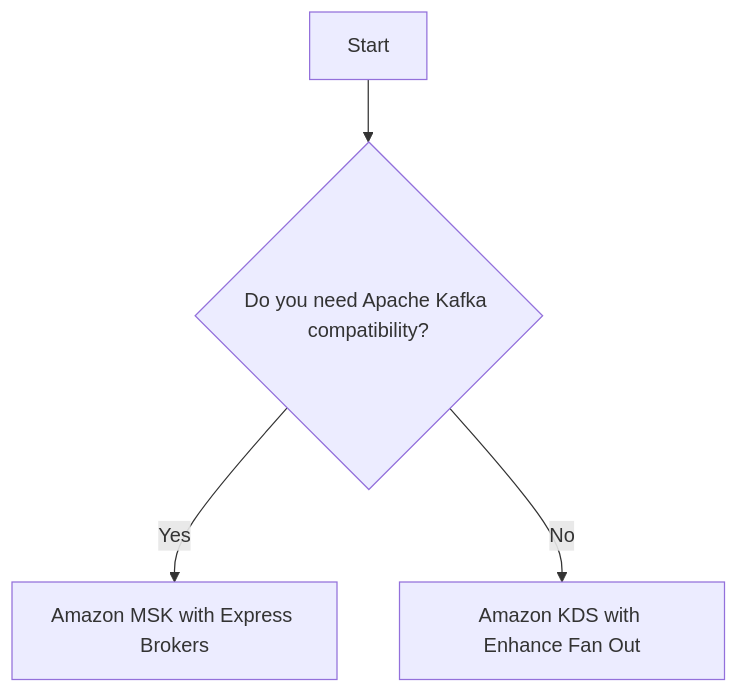
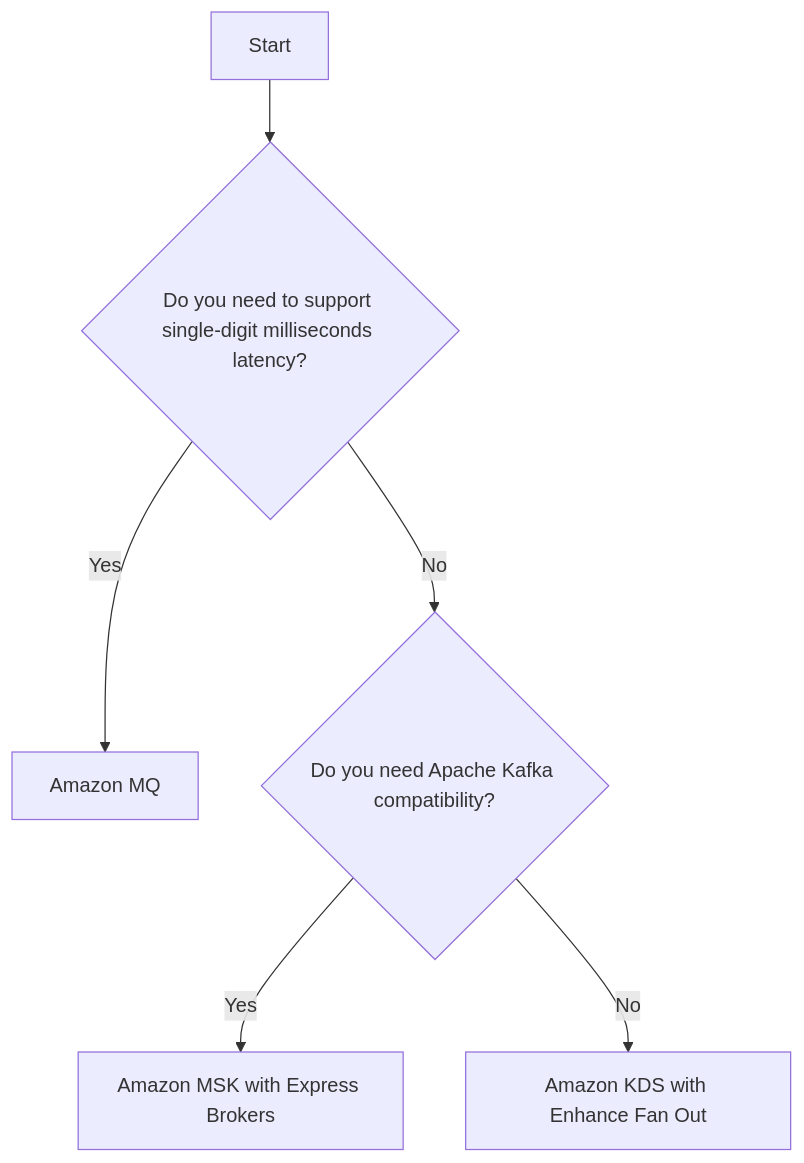
Before and after one commit to ivamax9/aws-decision-trees-low-latency-workloads: the diagram in 6.application_integration.md, drawn with Mermaid.

````diff
--- a/6.application_integration.md
+++ b/6.application_integration.md
@@ -5,8 +5,11 @@
 ```mermaid
 graph TD
-    A[Start] --> B{Do you need Apache Kafka compatibility?}
-    B --> |Yes| C1[Amazon MSK with Express Brokers]
+    A[Start] --> B{Do you need to support single-digit milliseconds latency?}
+    B --> |Yes| B1[Amazon MQ]
+                click B1 "https://docs.aws.amazon.com/amazon-mq/latest/migration-guide/concept-chapter-about.html"
+    B --> |No| B2{Do you need Apache Kafka compatibility?}
+    B2 --> |Yes| C1[Amazon MSK with Express Brokers]
                 click C1 "https://aws.amazon.com/blogs/aws/introducing-express-brokers-for-amazon-msk-to-deliver-high-throughput-and-faster-scaling-for-your-kafka-clusters/"
-    B --> |No| C2[Amazon KDS with Enhance Fan Out]
+    B2 --> |No| C2[Amazon KDS with Enhance Fan Out]
                 click C2 "https://aws.amazon.com/kinesis/data-streams/features/"
 ```
````
